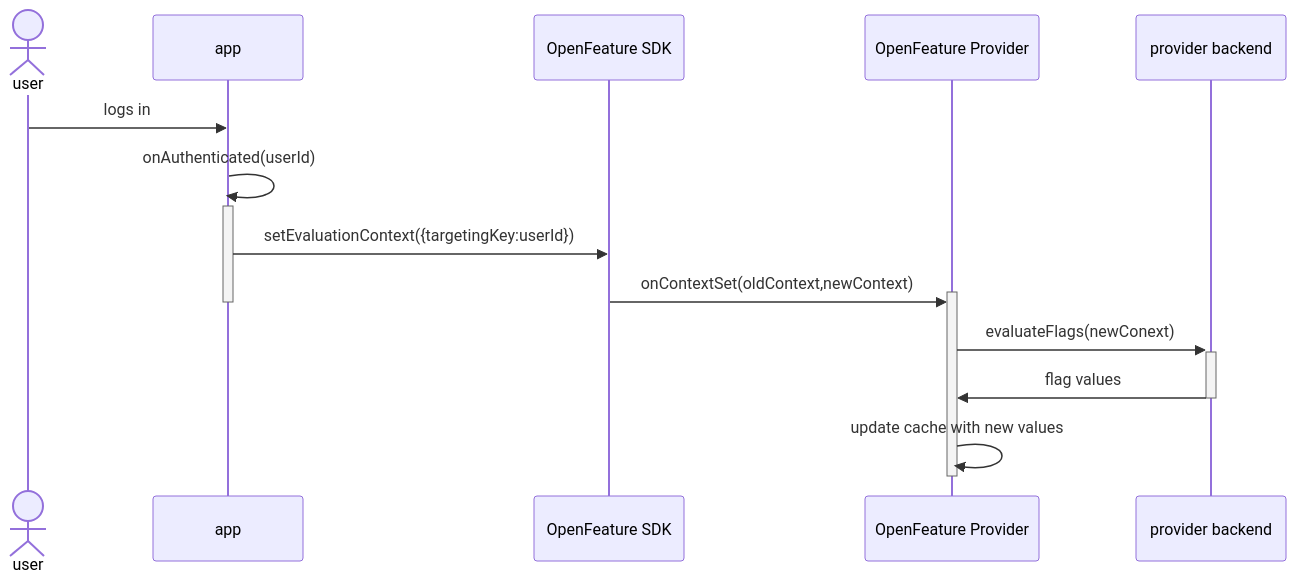
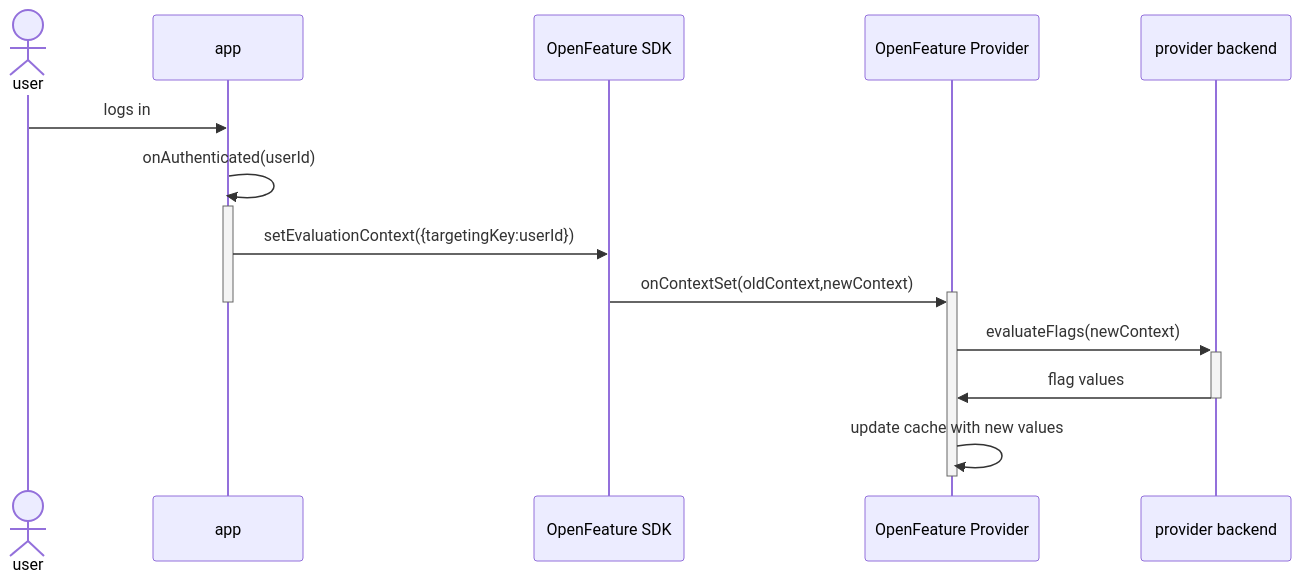
Before and after one commit to open-feature/docs.openfeature.dev: the second of 2 diagrams in blog/06-02-2023-catering-to-the-client-side.md, drawn with Mermaid. The commit also changed other lines of this file, not shown here.

````diff
--- a/blog/06-02-2023-catering-to-the-client-side.md
+++ b/blog/06-02-2023-catering-to-the-client-side.md
@@ -133,17 +133,17 @@
 ```mermaid
 sequenceDiagram
   actor user
   participant app
   participant of as OpenFeature SDK
   participant provider as OpenFeature Provider
   participant backend as provider backend
   user->>app: logs in
   app->>+app: onAuthenticated(userId)
   app->>of: setEvaluationContext({targetingKey:userId})
   of->>+provider: onContextSet(oldContext,newContext)
   deactivate app
-  provider->>+backend: evaluateFlags(newConext)
+  provider->>+backend: evaluateFlags(newContext)
   backend->>-provider: flag values
   provider->>provider: update cache with new values
   deactivate provider
 ```
````
